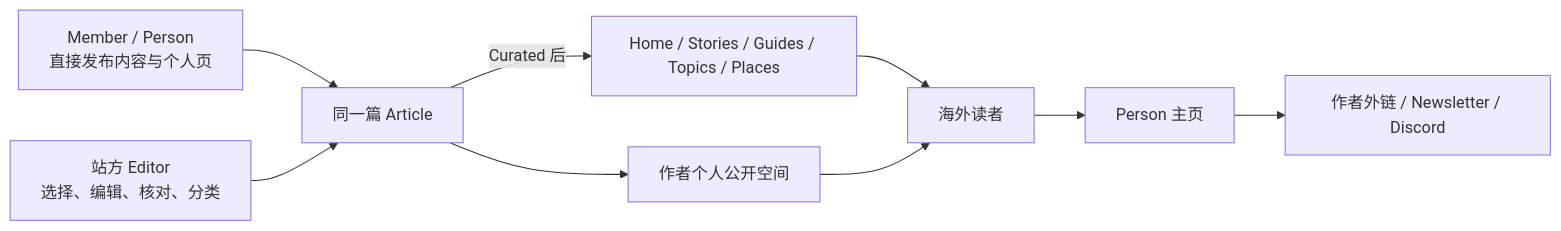
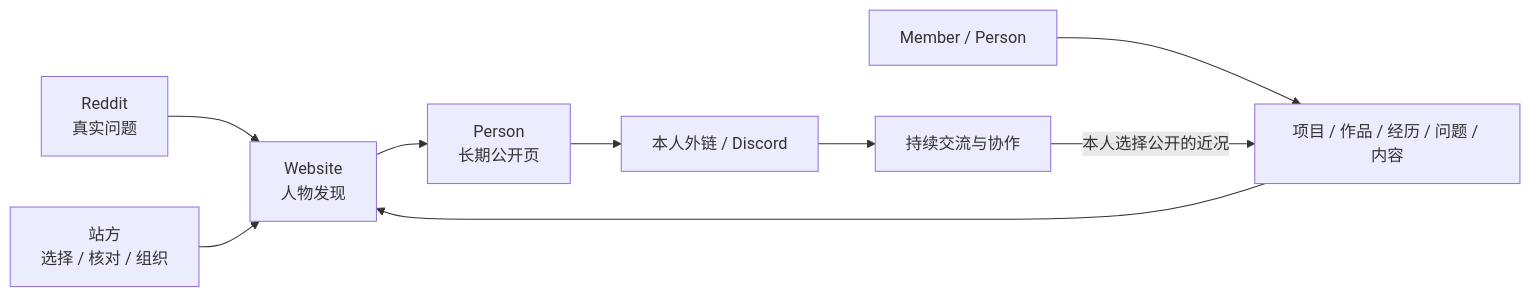
Before and after one commit to lonelyreader/chinaknowledge: the first of 2 diagrams in docs/product-brief.md, drawn with Mermaid. The commit also changed other lines of this file and 10 other files, not shown here.

````diff
--- a/docs/product-brief.md
+++ b/docs/product-brief.md
@@ -58,11 +58,11 @@
 ```mermaid
 flowchart LR
-    M["Member / Person<br/>直接发布内容与个人页"] --> A["同一篇 Article"]
-    E["站方 Editor<br/>选择、编辑、核对、分类"] --> A
-    A --> P["作者个人公开空间"]
-    A -->|"Curated 后"| O["Home / Stories / Guides / Topics / Places"]
-    O --> R["海外读者"]
-    P --> R
-    R --> H["Person 主页"]
-    H --> X["作者外链 / Newsletter / Discord"]
+    Q["Reddit<br/>真实问题"] --> W["Website<br/>人物发现"]
+    M["Member / Person"] --> P["项目 / 作品 / 经历 / 问题 / 内容"]
+    P --> W
+    E["站方<br/>选择 / 核对 / 组织"] --> W
+    W --> H["Person<br/>长期公开页"]
+    H --> X["本人外链 / Discord"]
+    X --> D["持续交流与协作"]
+    D -->|"本人选择公开的近况"| P
 ```
````
